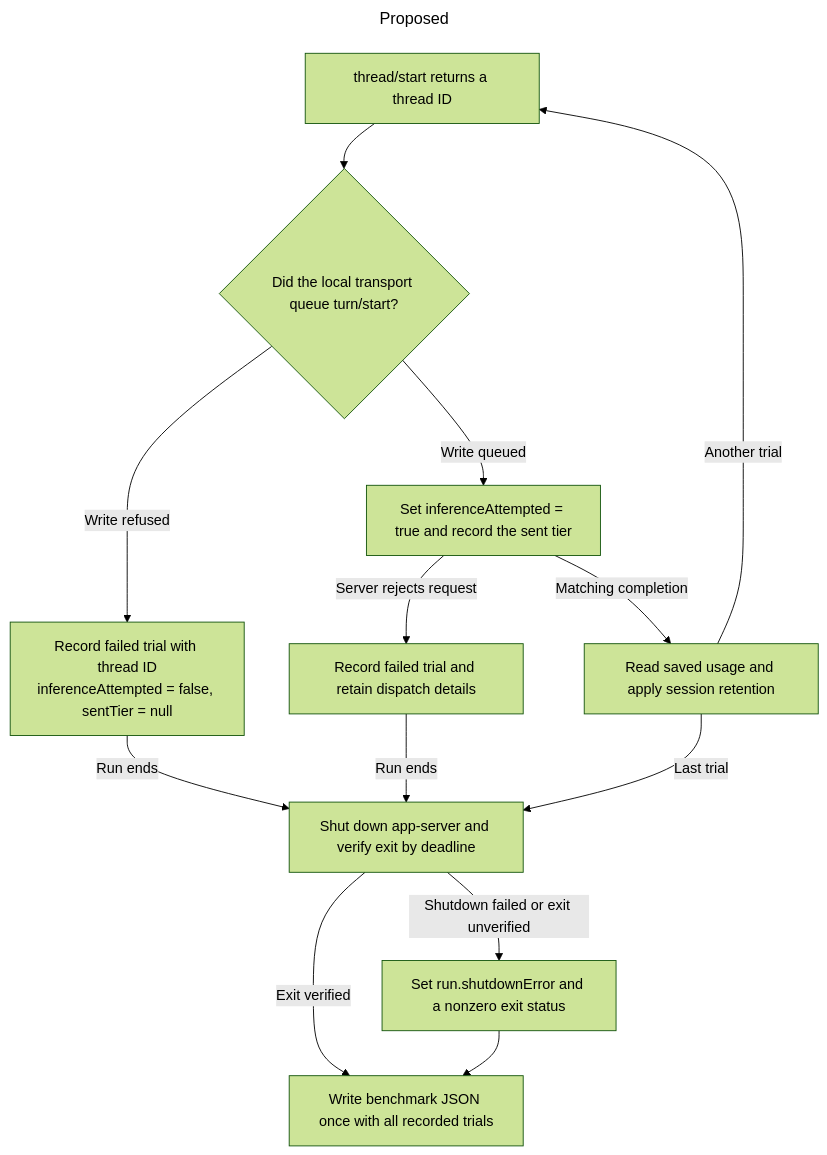
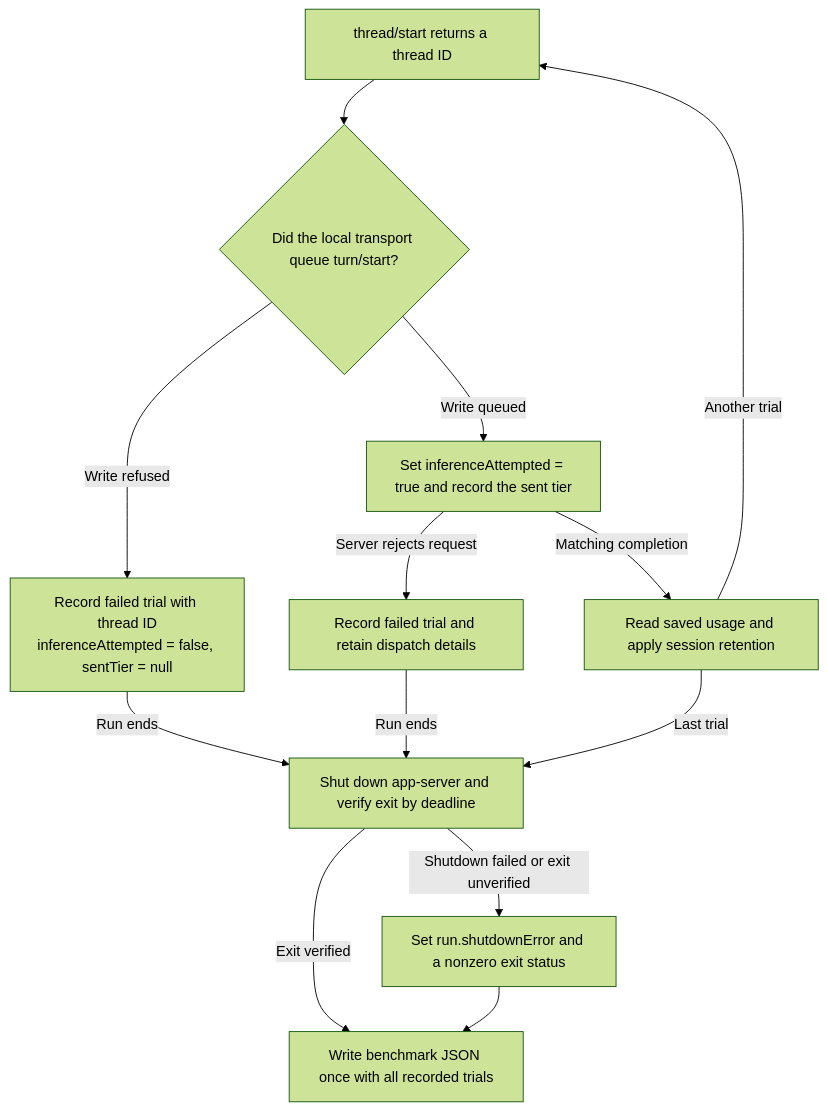
The second of 2 diagrams in docs/researches/research-2026-11-19-codex-turn-reporting-and-process-shutdown.md (dev-pi2pie/cdx-chores), drawn with Mermaid (forest theme) before and after one commit. The commit also changed other lines of this file, not shown here.

Commit message:
docs(research): move Mermaid diagram labels outside code blocks

````diff
--- a/docs/researches/research-2026-11-19-codex-turn-reporting-and-process-shutdown.md
+++ b/docs/researches/research-2026-11-19-codex-turn-reporting-and-process-shutdown.md
@@ -33,18 +34,15 @@
 ```mermaid
----
-title: Proposed
----
 flowchart TD
     thread["thread/start returns a thread ID"] --> dispatch{"Did the local transport queue turn/start?"}
     dispatch -->|Write refused| unsent["Record failed trial with thread ID<br/>inferenceAttempted = false, sentTier = null"]
     dispatch -->|Write queued| sent["Set inferenceAttempted = true and record the sent tier"]
     sent -->|Server rejects request| rejected["Record failed trial and retain dispatch details"]
     sent -->|Matching completion| trial["Read saved usage and apply session retention"]
     trial -->|Another trial| thread
     trial -->|Last trial| close["Shut down app-server and verify exit by deadline"]
     unsent -->|Run ends| close
     rejected -->|Run ends| close
     close -->|Exit verified| report["Write benchmark JSON once with all recorded trials"]
     close -->|Shutdown failed or exit unverified| failure["Set run.shutdownError and a nonzero exit status"]
     failure --> report
 ```
````
